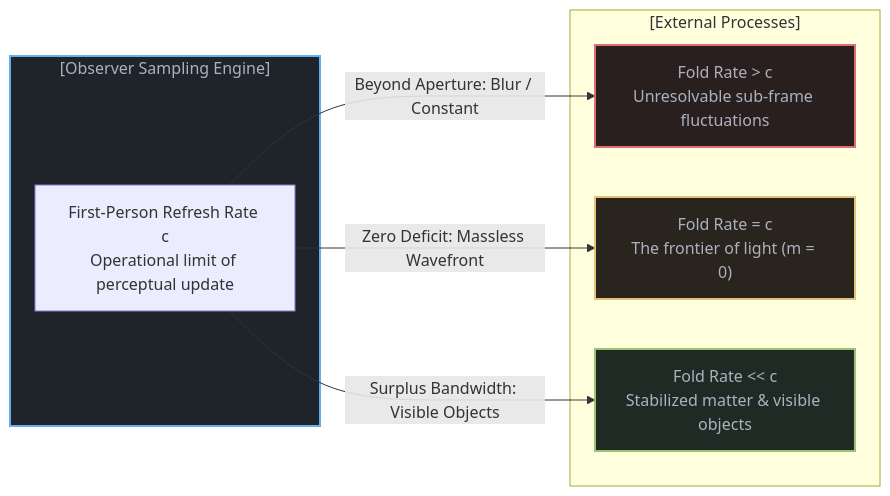
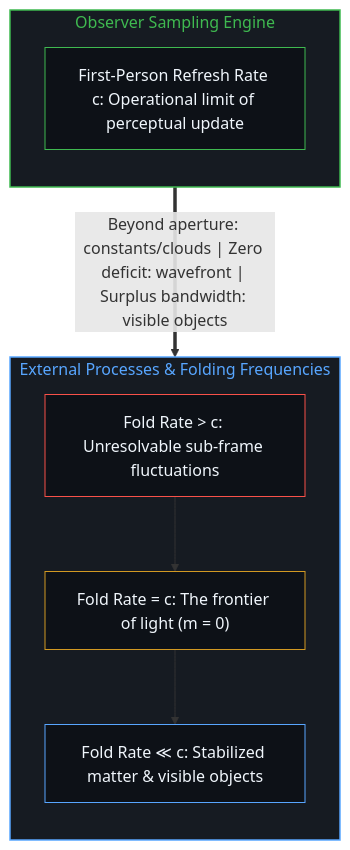
One commit to powerpig99/not-a-toe changed the fourth of 10 diagrams in content/posts/the-velocity-of-visibility.md. Above: the diagram before and after it, drawn with Mermaid. The commit also changed other lines of this file and 23 other files, not shown here.

````diff
--- a/content/posts/the-velocity-of-visibility.md
+++ b/content/posts/the-velocity-of-visibility.md
@@ -126,21 +100,24 @@
 ```mermaid
-graph LR
-    subgraph ObserverFrame["[Observer Sampling Engine]"]
-        SamplingRate["First-Person Refresh Rate c<br>Operational limit of perceptual update"]
+flowchart TD
+    subgraph S_Observer["Observer Sampling Engine"]
+        direction TB
+        SamplingRate["First-Person Refresh Rate c: Operational limit of perceptual update"]
     end
 
-    subgraph ExternalPhenomena["[External Processes]"]
-        FasterThanC["Fold Rate > c<br>Unresolvable sub-frame fluctuations"]
-        EqualC["Fold Rate = c<br>The frontier of light (m = 0)"]
-        SlowerThanC["Fold Rate << c<br>Stabilized matter & visible objects"]
+    subgraph S_External["External Processes & Folding Frequencies"]
+        direction TB
+        FasterThanC["Fold Rate > c: Unresolvable sub-frame fluctuations"]
+        EqualC["Fold Rate = c: The frontier of light (m = 0)"]
+        SlowerThanC["Fold Rate ≪ c: Stabilized matter & visible objects"]
+        FasterThanC --> EqualC --> SlowerThanC
     end
 
-    SamplingRate -->|"Beyond Aperture: Blur / Constant"| FasterThanC
-    SamplingRate -->|"Zero Deficit: Massless Wavefront"| EqualC
-    SamplingRate -->|"Surplus Bandwidth: Visible Objects"| SlowerThanC
+    SamplingRate ==>|"Beyond aperture: constants/clouds | Zero deficit: wavefront | Surplus bandwidth: visible objects"| FasterThanC
 
-    style ObserverFrame fill:#1f242a,stroke:#61afef,stroke-width:2px,color:#abb2bf
-    style SlowerThanC fill:#1f2a24,stroke:#98c379,stroke-width:2px,color:#abb2bf
-    style FasterThanC fill:#2a1f1f,stroke:#e06c75,stroke-width:2px,color:#abb2bf
-    style EqualC fill:#2a241f,stroke:#e5c07b,stroke-width:2px,color:#abb2bf
+    style S_Observer fill:#161b22,stroke:#3fb950,stroke-width:1.5px,color:#3fb950
+    style S_External fill:#161b22,stroke:#58a6ff,stroke-width:1.5px,color:#58a6ff
+    style SamplingRate fill:#0d1117,stroke:#3fb950,stroke-width:1px,color:#f0f6fc
+    style FasterThanC fill:#0d1117,stroke:#f85149,stroke-width:1px,color:#f0f6fc
+    style EqualC fill:#0d1117,stroke:#d29922,stroke-width:1px,color:#f0f6fc
+    style SlowerThanC fill:#0d1117,stroke:#58a6ff,stroke-width:1px,color:#f0f6fc
 ```
````
